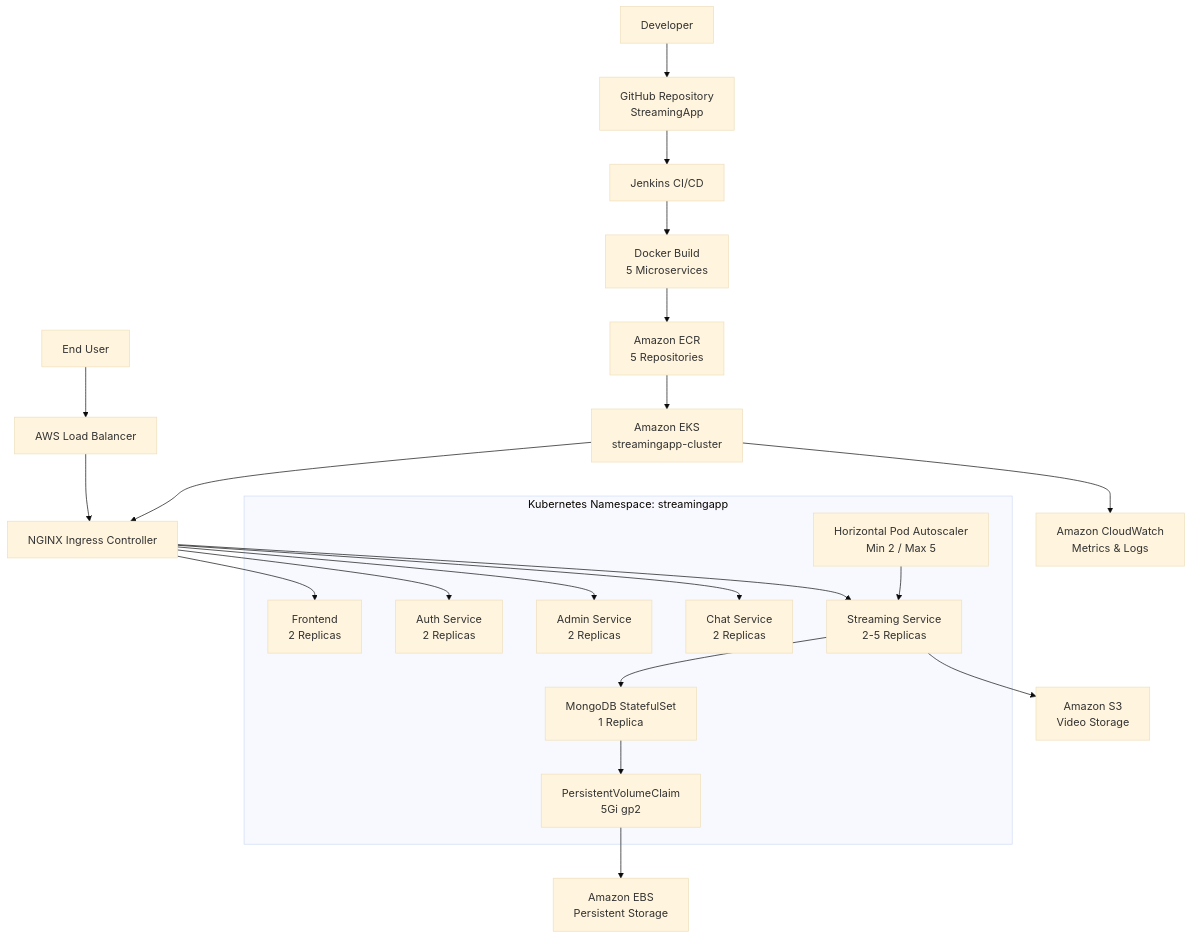
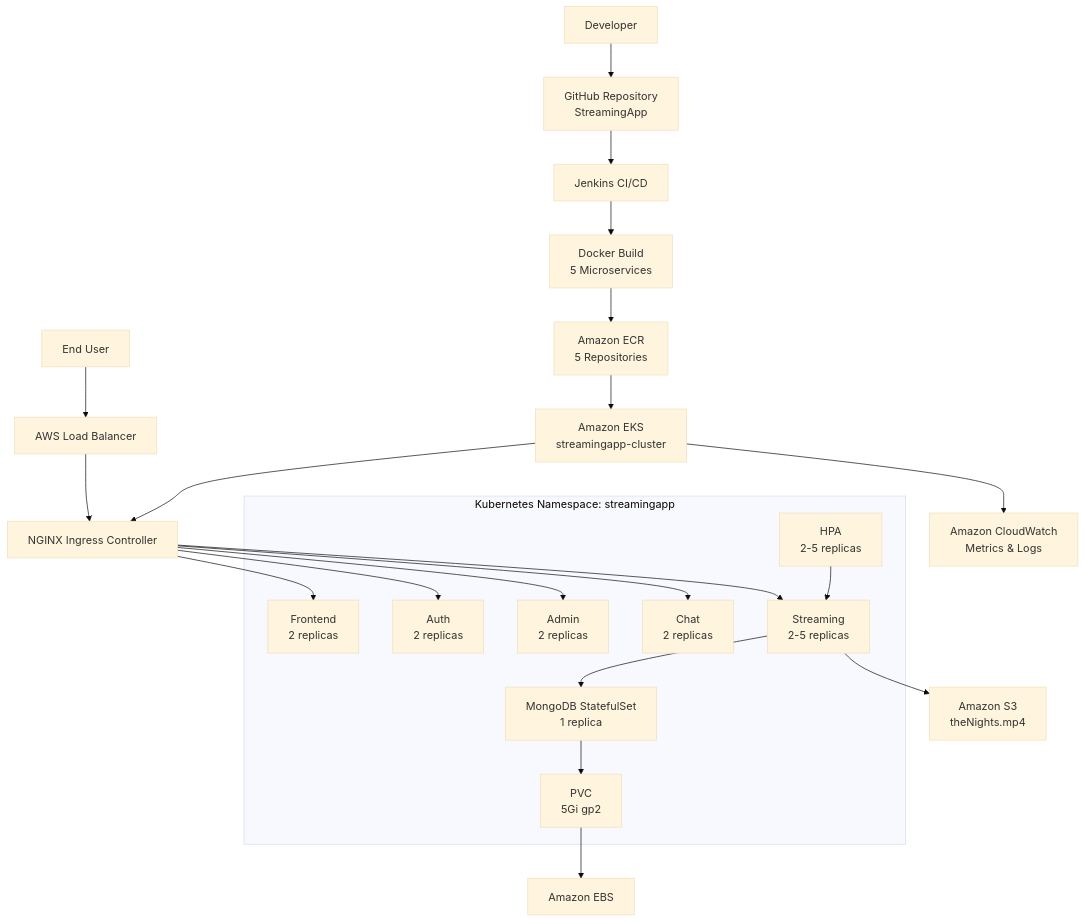
Before and after one commit to karan11619/StreamingApp: the diagram in README.md, drawn with Mermaid (base theme). The commit also changed other lines of this file and 10 other files, not shown here.

````diff
--- a/README.md
+++ b/README.md
@@ -84,73 +89,36 @@
 ```mermaid
 flowchart TB
+    DEV["Developer"] --> GIT["GitHub Repository<br/>StreamingApp"]
+    GIT --> JENKINS["Jenkins CI/CD"]
+    JENKINS --> BUILD["Docker Build<br/>5 Microservices"]
+    BUILD --> ECR["Amazon ECR<br/>5 Repositories"]
+    ECR --> EKS["Amazon EKS<br/>streamingapp-cluster"]
 
-    USER["End User"]
+    USER["End User"] --> ALB["AWS Load Balancer"]
+    ALB --> ING["NGINX Ingress Controller"]
 
-    DEV["Developer"]
-
-    GIT["GitHub Repository<br/>StreamingApp"]
-
-    JENKINS["Jenkins CI/CD"]
-
-    BUILD["Docker Build<br/>5 Microservices"]
-
-    ECR["Amazon ECR<br/>5 Repositories"]
-
-    ALB["AWS Load Balancer"]
-
-    EKS["Amazon EKS<br/>streamingapp-cluster"]
-
-    ING["NGINX Ingress Controller"]
-
-    subgraph NAMESPACE["Kubernetes Namespace: streamingapp"]
-
-        FRONT["Frontend<br/>2 Replicas"]
-
-        AUTH["Auth Service<br/>2 Replicas"]
-
-        ADMIN["Admin Service<br/>2 Replicas"]
-
-        CHAT["Chat Service<br/>2 Replicas"]
-
-        STREAM["Streaming Service<br/>2-5 Replicas"]
-
-        MONGO["MongoDB StatefulSet<br/>1 Replica"]
-
-        PVC["PersistentVolumeClaim<br/>5Gi gp2"]
-
-        HPA["Horizontal Pod Autoscaler<br/>Min 2 / Max 5"]
-
+    subgraph NS["Kubernetes Namespace: streamingapp"]
+        FRONT["Frontend<br/>2 replicas"]
+        AUTH["Auth<br/>2 replicas"]
+        ADMIN["Admin<br/>2 replicas"]
+        CHAT["Chat<br/>2 replicas"]
+        STREAM["Streaming<br/>2-5 replicas"]
+        MONGO["MongoDB StatefulSet<br/>1 replica"]
+        PVC["PVC<br/>5Gi gp2"]
+        HPA["HPA<br/>2-5 replicas"]
     end
 
-    S3["Amazon S3<br/>Video Storage"]
-
-    EBS["Amazon EBS<br/>Persistent Storage"]
-
-    CW["Amazon CloudWatch<br/>Metrics & Logs"]
-
-    DEV --> GIT
-    GIT --> JENKINS
-    JENKINS --> BUILD
-    BUILD --> ECR
-    ECR --> EKS
-
-    USER --> ALB
-    ALB --> ING
     EKS --> ING
-
     ING --> FRONT
     ING --> AUTH
     ING --> ADMIN
     ING --> CHAT
     ING --> STREAM
 
     STREAM --> MONGO
-    STREAM --> S3
-
+    STREAM --> S3["Amazon S3<br/>theNights.mp4"]
     MONGO --> PVC
-    PVC --> EBS
-
+    PVC --> EBS["Amazon EBS"]
     HPA --> STREAM
-
-    EKS --> CW
+    EKS --> CW["Amazon CloudWatch<br/>Metrics & Logs"]
 ```
````
